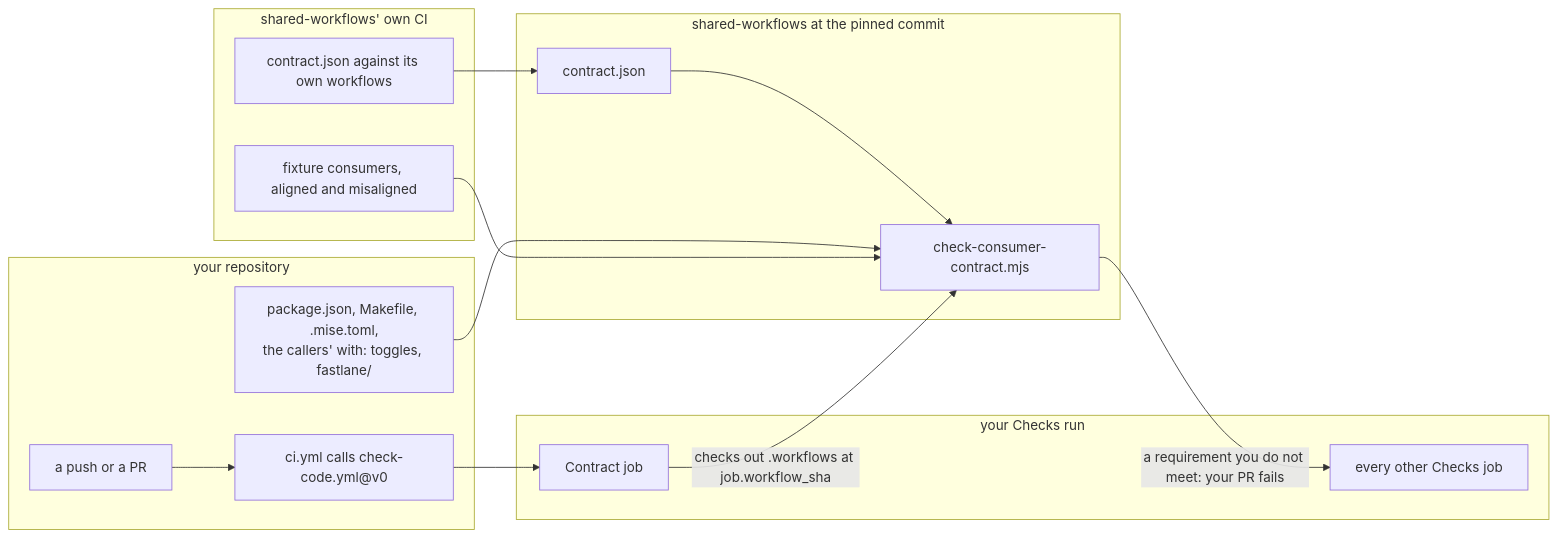
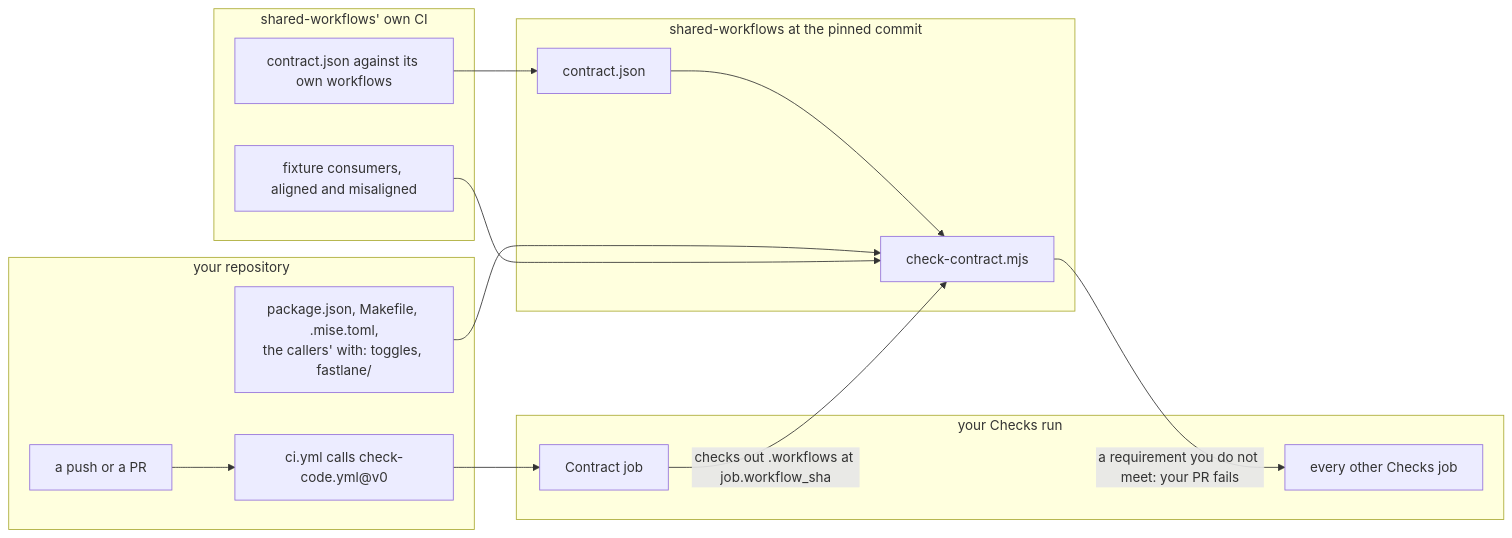
The second of 5 diagrams in docs/consumer-guide.md (blinkbitcoin/shared-workflows), drawn with Mermaid before and after one commit. The commit also changed other lines of this file and 84 other files, not shown here.

````diff
--- a/docs/consumer-guide.md
+++ b/docs/consumer-guide.md
@@ -135,27 +135,27 @@
 ```mermaid
 flowchart LR
   subgraph app["your repository"]
     pr["a push or a PR"]
     caller["ci.yml calls check-code.yml@v0"]
     tree["package.json, Makefile, .mise.toml,<br/>the callers' with: toggles, fastlane/"]
   end
   subgraph run["your Checks run"]
     contract["Contract job"]
     gates["every other Checks job"]
   end
   subgraph shared["shared-workflows at the pinned commit"]
     data["contract.json"]
-    checker["check-consumer-contract.mjs"]
+    checker["check-contract.mjs"]
   end
   subgraph self["shared-workflows' own CI"]
     fixtures["fixture consumers, aligned and misaligned"]
     bind["contract.json against its own workflows"]
   end
   pr --> caller --> contract
   contract -->|"checks out .workflows at job.workflow_sha"| checker
   data --> checker
   tree --> checker
   checker -->|"a requirement you do not meet: your PR fails"| gates
   fixtures --> checker
   bind --> data
 ```
````
